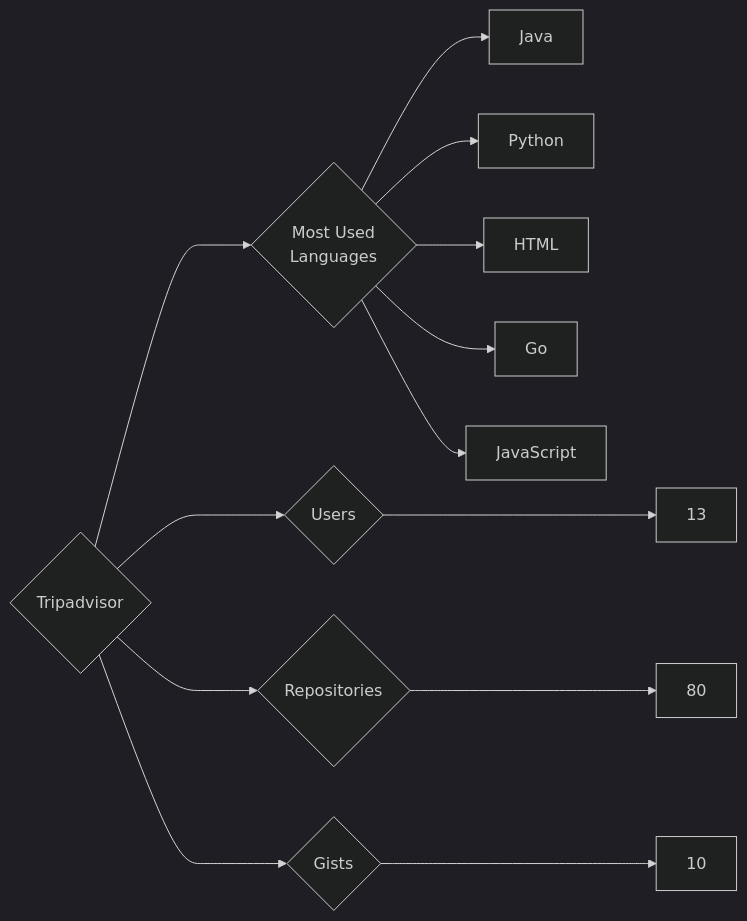
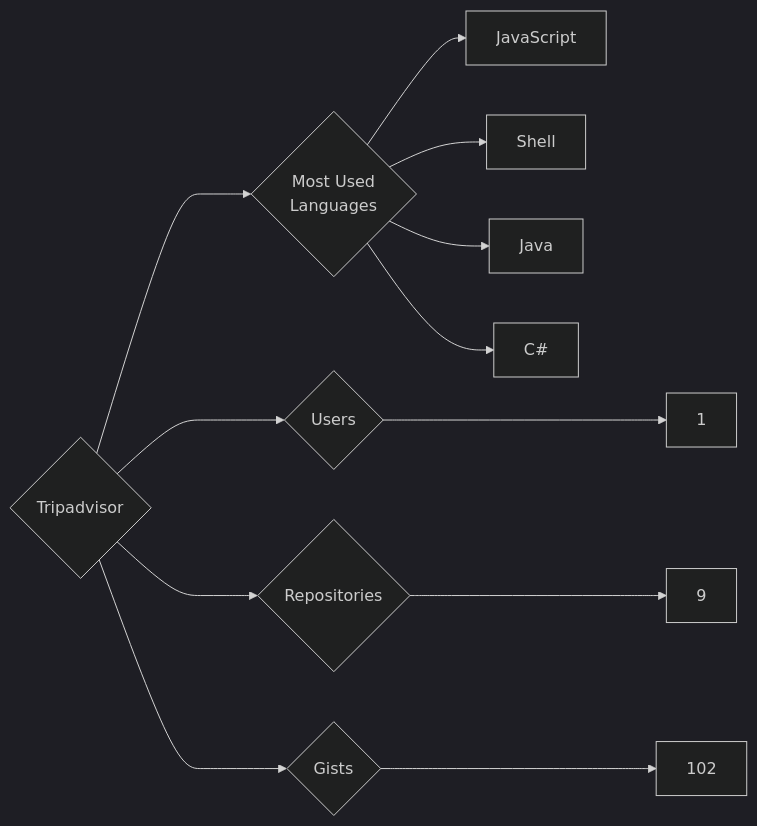
The diagram in targets/Tripadvisor/README.md (trickest/insiders), drawn with Mermaid (dark theme) before and after one commit. The commit also changed 695 other files, not shown here.

````diff
--- a/targets/Tripadvisor/README.md
+++ b/targets/Tripadvisor/README.md
@@ -3,13 +3,12 @@
 ```mermaid
 graph LR
 COMPANY_NAME{Tripadvisor}
-COMPANY_NAME ---> U{Users} ---> UN[13]
-COMPANY_NAME ---> R{Repositories} ---> RN[80]
-COMPANY_NAME ---> G{Gists} ---> GN[10]
+COMPANY_NAME ---> U{Users} ---> UN[1]
+COMPANY_NAME ---> R{Repositories} ---> RN[9]
+COMPANY_NAME ---> G{Gists} ---> GN[102]
 COMPANY_NAME ---> ML{Most Used<br>Languages}
+ML --> JavaScript[JavaScript]
+ML --> Shell[Shell]
 ML --> Java[Java]
-ML --> Python[Python]
-ML --> HTML[HTML]
-ML --> Go[Go]
-ML --> JavaScript[JavaScript]
+ML --> C#[C#]
 ```
````
